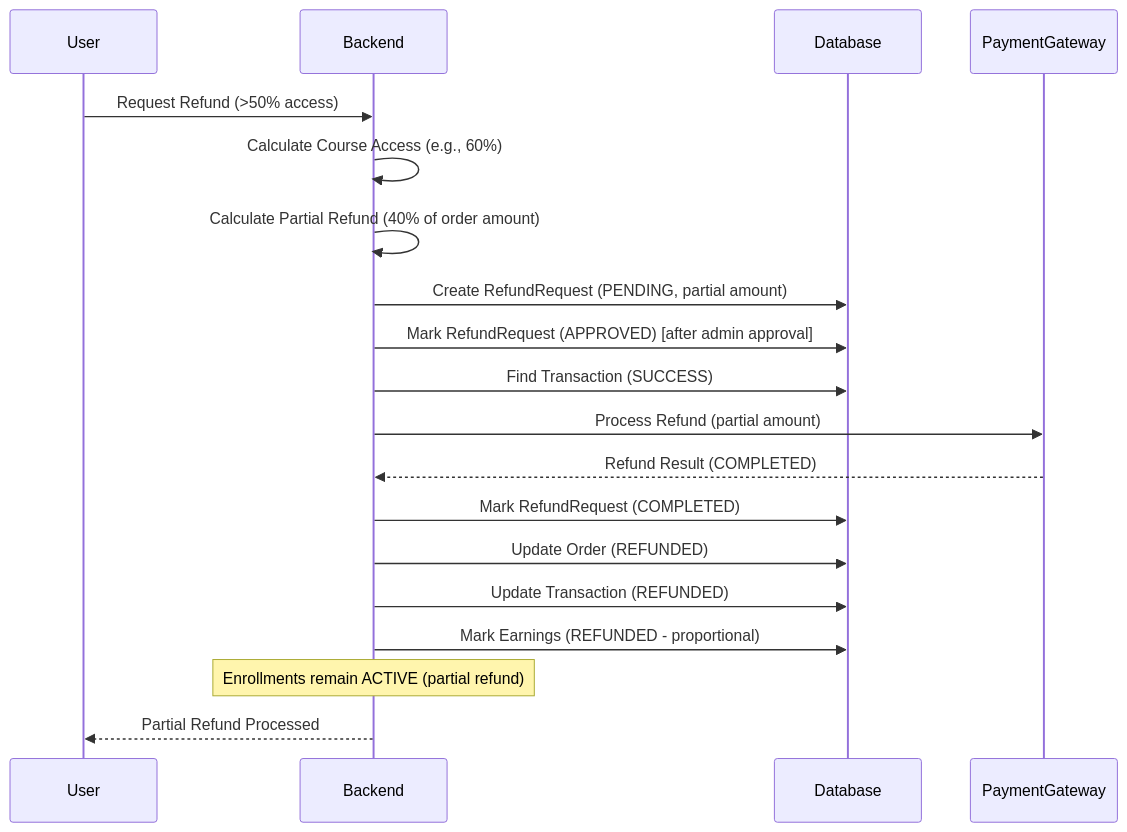
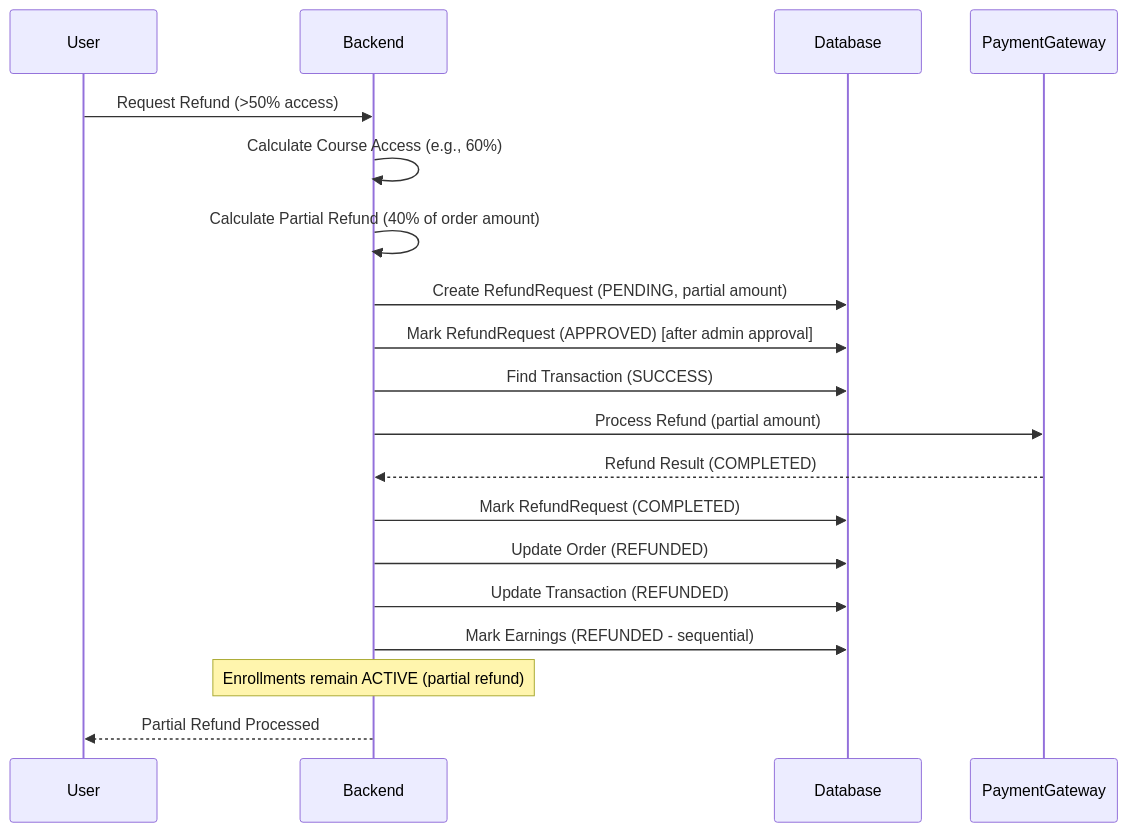
Before and after one commit to HuuLocFIT/EduMind: the fourth of 11 diagrams in docs/workflows/refund_workflows.md, drawn with Mermaid. The commit also changed other lines of this file and 1 other file, not shown here.

````diff
--- a/docs/workflows/refund_workflows.md
+++ b/docs/workflows/refund_workflows.md
@@ -155,22 +169,22 @@
 ```mermaid
 sequenceDiagram
     participant User
     participant Backend
     participant Database
     participant PaymentGateway
 
     User->>Backend: Request Refund (>50% access)
     Backend->>Backend: Calculate Course Access (e.g., 60%)
     Backend->>Backend: Calculate Partial Refund (40% of order amount)
     Backend->>Database: Create RefundRequest (PENDING, partial amount)
     Backend->>Database: Mark RefundRequest (APPROVED) [after admin approval]
     Backend->>Database: Find Transaction (SUCCESS)
     Backend->>PaymentGateway: Process Refund (partial amount)
     PaymentGateway-->>Backend: Refund Result (COMPLETED)
     Backend->>Database: Mark RefundRequest (COMPLETED)
     Backend->>Database: Update Order (REFUNDED)
     Backend->>Database: Update Transaction (REFUNDED)
-    Backend->>Database: Mark Earnings (REFUNDED - proportional)
+    Backend->>Database: Mark Earnings (REFUNDED - sequential)
     Note over Backend: Enrollments remain ACTIVE (partial refund)
     Backend-->>User: Partial Refund Processed
 ```
````
